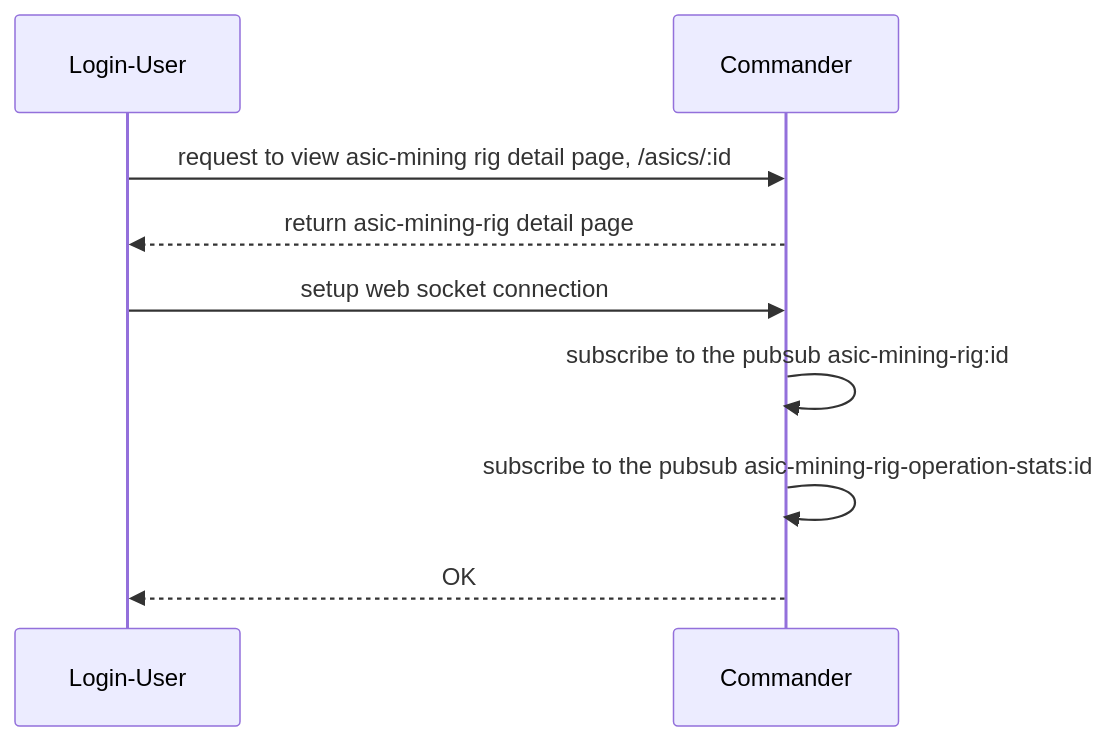
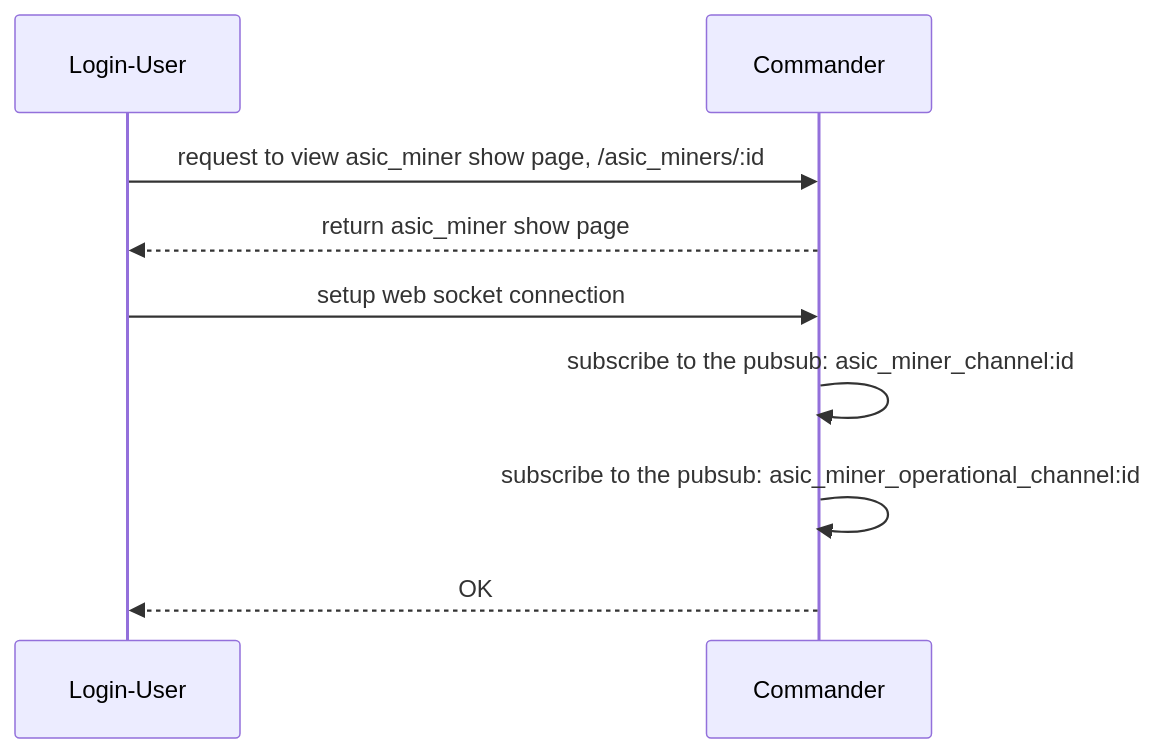
The fourth of 4 diagrams in docs/04.5-asic-related-features.md (nguyenvinhlinh/Mining-Rig-Monitor-Document), drawn with Mermaid before and after one commit. The commit also changed other lines of this file and 3 other files, not shown here.

````diff
--- a/docs/04.5-asic-related-features.md
+++ b/docs/04.5-asic-related-features.md
@@ -125,9 +125,9 @@
 ```mermaid
 sequenceDiagram
-    Login-User ->> Commander: request to view asic-mining rig detail page, /asics/:id
-    Commander -->> Login-User: return asic-mining-rig detail page
+    Login-User ->> Commander: request to view asic_miner show page, /asic_miners/:id
+    Commander -->> Login-User: return asic_miner show page
     Login-User ->> Commander: setup web socket connection
-    Commander ->> Commander: subscribe to the pubsub asic-mining-rig:id
-    Commander ->> Commander: subscribe to the pubsub asic-mining-rig-operation-stats:id
+    Commander ->> Commander: subscribe to the pubsub: asic_miner_channel:id
+    Commander ->> Commander: subscribe to the pubsub: asic_miner_operational_channel:id
     Commander -->> Login-User: OK
 ```
````
